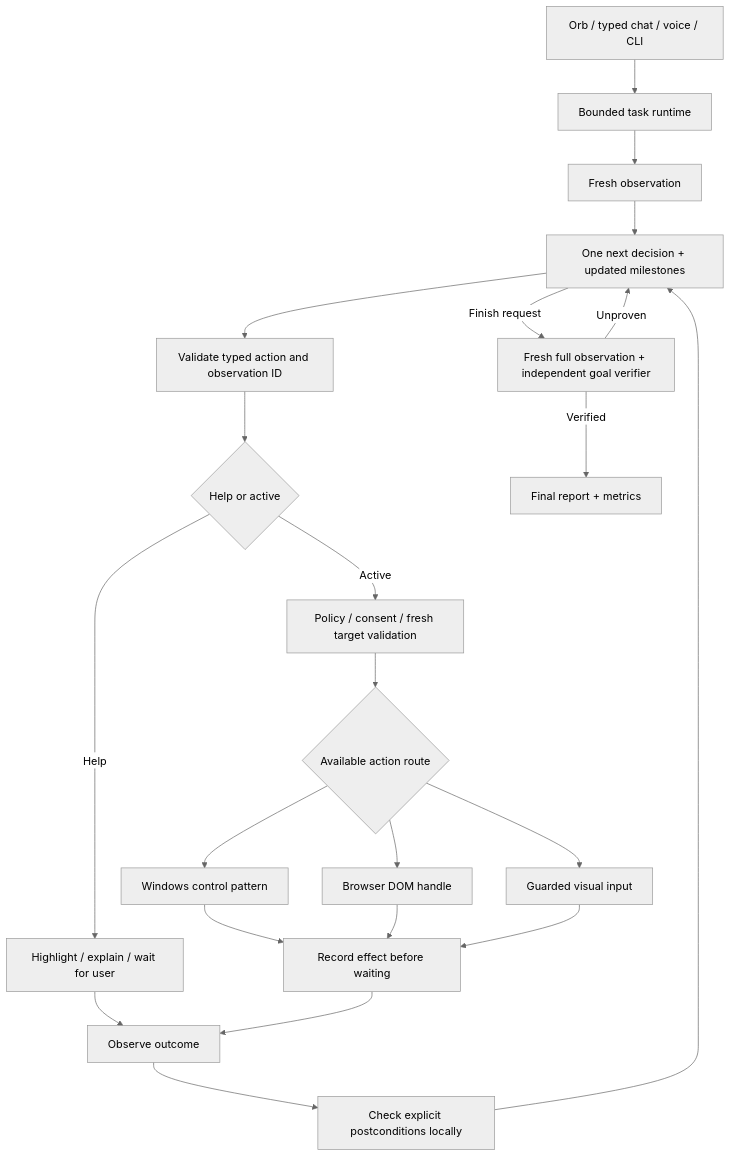
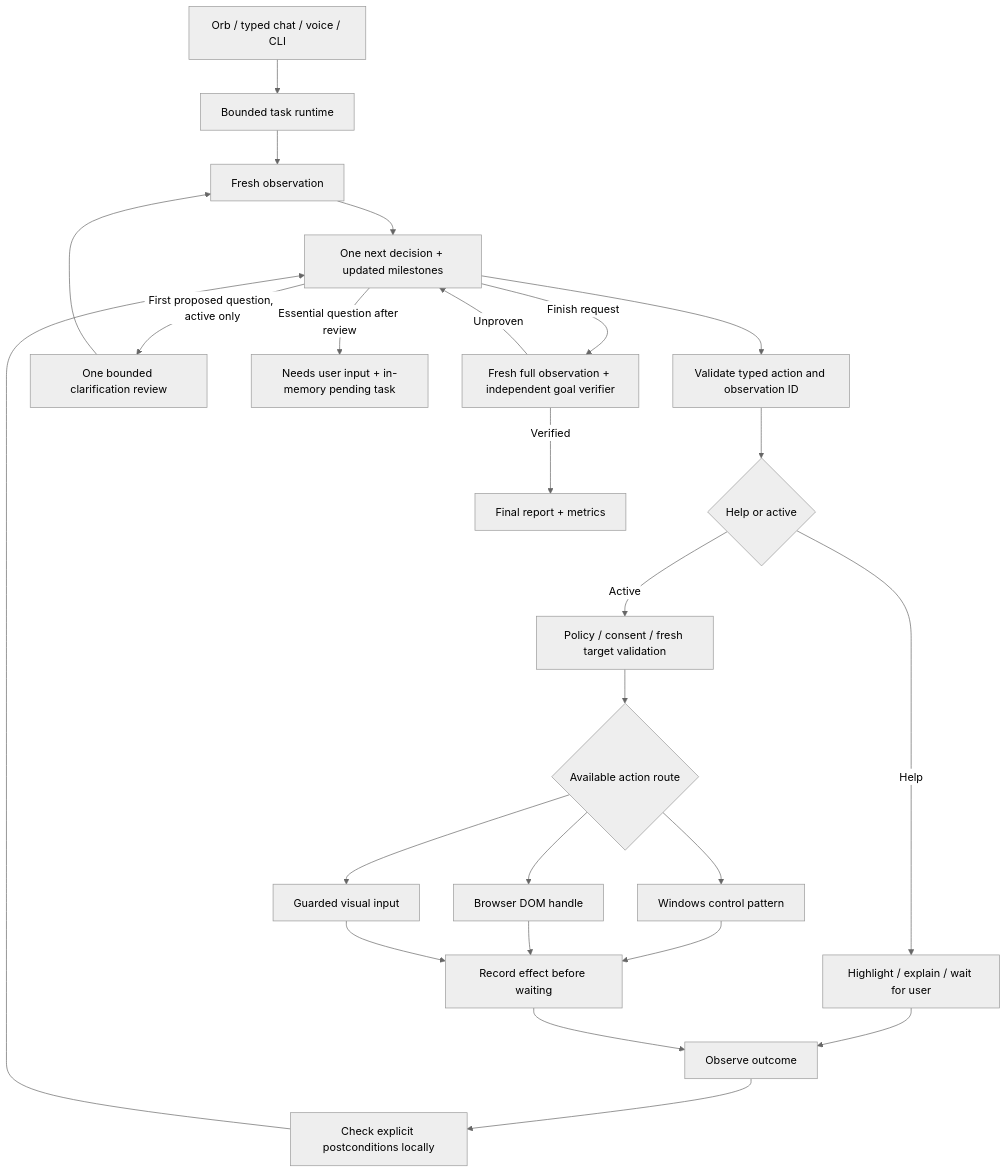
One commit to valenciana-nc/Helper changed the diagram in docs/COMPUTER_USE_ARCHITECTURE.md. Above: the diagram before and after it, drawn with Mermaid (neutral theme). The commit also changed other lines of this file and 43 other files, not shown here.

```diff
--- a/docs/COMPUTER_USE_ARCHITECTURE.md
+++ b/docs/COMPUTER_USE_ARCHITECTURE.md
@@ -26,24 +26,27 @@
 ~~~mermaid
 flowchart TD
     UI[Orb / typed chat / voice / CLI] --> Core[Bounded task runtime]
     Core --> Obs[Fresh observation]
     Obs --> Model[One next decision + updated milestones]
     Model --> Schema[Validate typed action and observation ID]
     Schema --> Mode{Help or active}
     Mode -->|Help| Guide[Highlight / explain / wait for user]
     Mode -->|Active| Gate[Policy / consent / fresh target validation]
     Gate --> Route{Available action route}
     Route --> UIA[Windows control pattern]
     Route --> DOM[Browser DOM handle]
     Route --> Pixels[Guarded visual input]
     UIA --> Receipt[Record effect before waiting]
     DOM --> Receipt
     Pixels --> Receipt
     Guide --> Check[Observe outcome]
     Receipt --> Check
     Check --> Local[Check explicit postconditions locally]
     Local --> Model
+    Model -->|First proposed question, active only| Review[One bounded clarification review]
+    Review --> Obs
+    Model -->|Essential question after review| Input[Needs user input + in-memory pending task]
     Model -->|Finish request| Final[Fresh full observation + independent goal verifier]
     Final -->|Unproven| Model
     Final -->|Verified| Result[Final report + metrics]
 ~~~
```
